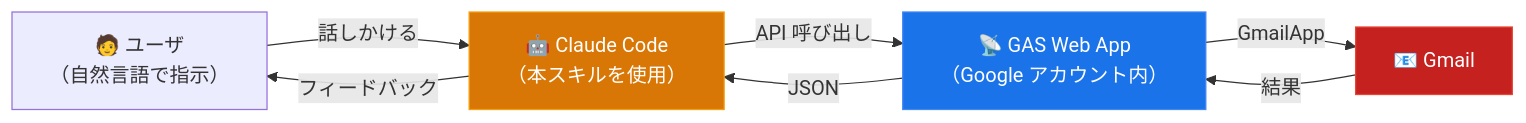
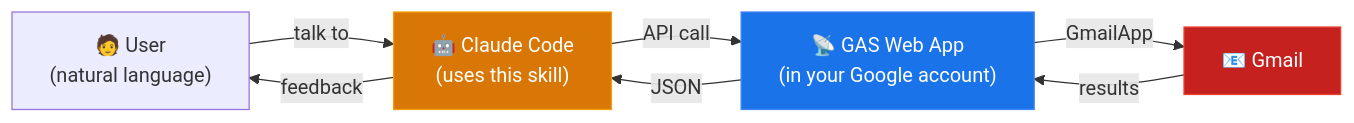
One commit to feedtailor/ccskill-gmail changed the diagram in README.md. Above: the diagram before and after it, drawn with Mermaid. The commit also changed other lines of this file and 15 other files, not shown here.

````diff
--- a/README.md
+++ b/README.md
@@ -35,18 +38,18 @@
 ```mermaid
 flowchart LR
-    You["🧑 ユーザ\n（自然言語で指示）"]
-    CC["🤖 Claude Code\n（本スキルを使用）"]
-    GAS["📡 GAS Web App\n（Google アカウント内）"]
+    You["🧑 User\n(natural language)"]
+    CC["🤖 Claude Code\n(uses this skill)"]
+    GAS["📡 GAS Web App\n(in your Google account)"]
     Gmail["📧 Gmail"]
 
-    You -->|話しかける| CC
-    CC -->|API 呼び出し| GAS
+    You -->|talk to| CC
+    CC -->|API call| GAS
     GAS -->|GmailApp| Gmail
-    Gmail -->|結果| GAS
+    Gmail -->|results| GAS
     GAS -->|JSON| CC
-    CC -->|フィードバック| You
+    CC -->|feedback| You
 
     style CC fill:#d97706,stroke:#f59e0b,color:#fff
     style GAS fill:#1a73e8,stroke:#4285f4,color:#fff
     style Gmail fill:#c5221f,stroke:#ea4335,color:#fff
 ```
````
